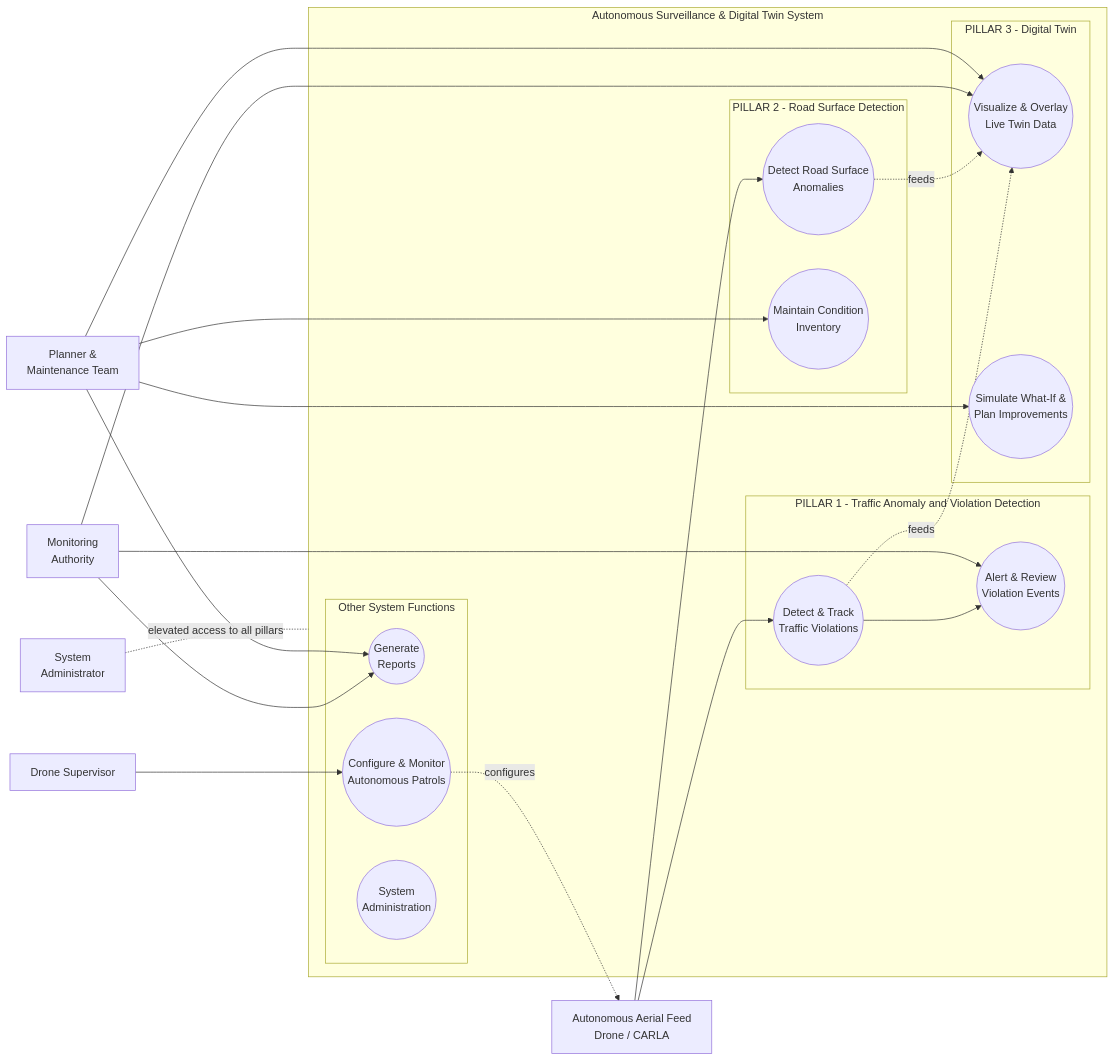
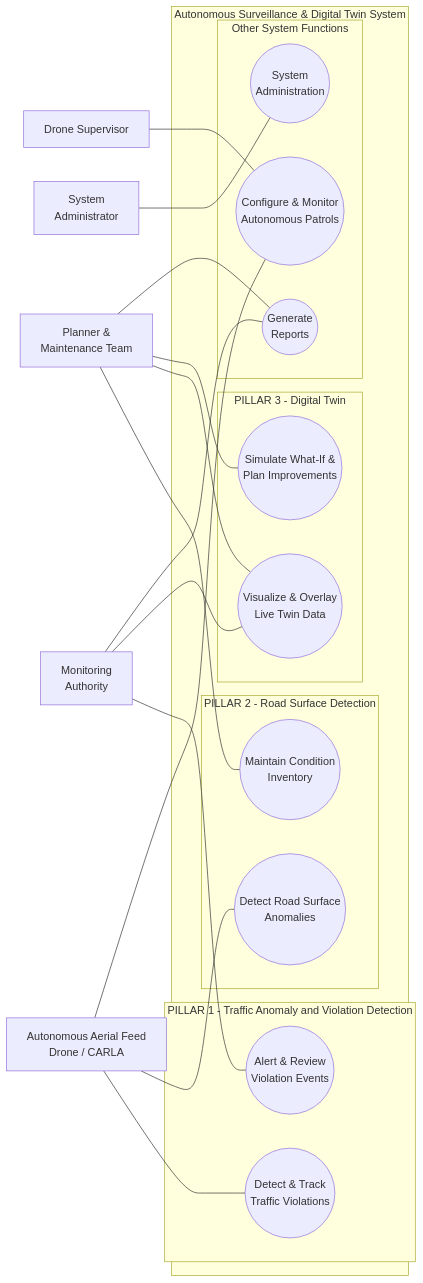
Before and after one commit to DevWithPranav/main-project: the diagram in docs/diagrams/01_Use_Case_Diagram.md, drawn with Mermaid. The commit also changed other lines of this file and 3 other files, not shown here.

Commit message:
Update use case diagrams with enhanced notation and structure for clarity

````diff
--- a/docs/diagrams/01_Use_Case_Diagram.md
+++ b/docs/diagrams/01_Use_Case_Diagram.md
@@ -38,53 +39,50 @@
 ```mermaid
 flowchart LR
     FEED[Autonomous Aerial Feed<br/>Drone / CARLA]
     MON[Monitoring<br/>Authority]
     PLN[Planner &<br/>Maintenance Team]
     OPR[Drone Supervisor]
     ADM[System<br/>Administrator]
 
     subgraph SYS[Autonomous Surveillance & Digital Twin System]
 
         subgraph P1[PILLAR 1 - Traffic Anomaly and Violation Detection]
             UC1(( Detect & Track<br/>Traffic Violations ))
             UC2(( Alert & Review<br/>Violation Events ))
         end
 
         subgraph P2[PILLAR 2 - Road Surface Detection]
             UC3(( Detect Road Surface<br/>Anomalies ))
             UC4(( Maintain Condition<br/>Inventory ))
         end
 
         subgraph P3[PILLAR 3 - Digital Twin]
             UC5(( Visualize & Overlay<br/>Live Twin Data ))
             UC6(( Simulate What-If &<br/>Plan Improvements ))
         end
 
         subgraph OTH[Other System Functions]
             UC7(( Generate<br/>Reports ))
             UC8(( Configure & Monitor<br/>Autonomous Patrols ))
             UC9(( System<br/>Administration ))
         end
 
     end
 
-    FEED --> UC1
-    FEED --> UC3
-    UC1 --> UC2
-    UC1 -.feeds.-> UC5
-    UC3 -.feeds.-> UC5
+    FEED --- UC1
+    FEED --- UC3
+    FEED --- UC8
 
-    MON --> UC2
-    MON --> UC5
-    MON --> UC7
+    MON --- UC2
+    MON --- UC5
+    MON --- UC7
 
-    PLN --> UC4
-    PLN --> UC5
-    PLN --> UC6
-    PLN --> UC7
+    PLN --- UC4
+    PLN --- UC5
+    PLN --- UC6
+    PLN --- UC7
 
-    OPR --> UC8
-    UC8 -.configures.-> FEED
+    OPR --- UC8
 
-    ADM -.elevated access to all pillars.- SYS
+    ADM --- UC9
 ```
````
